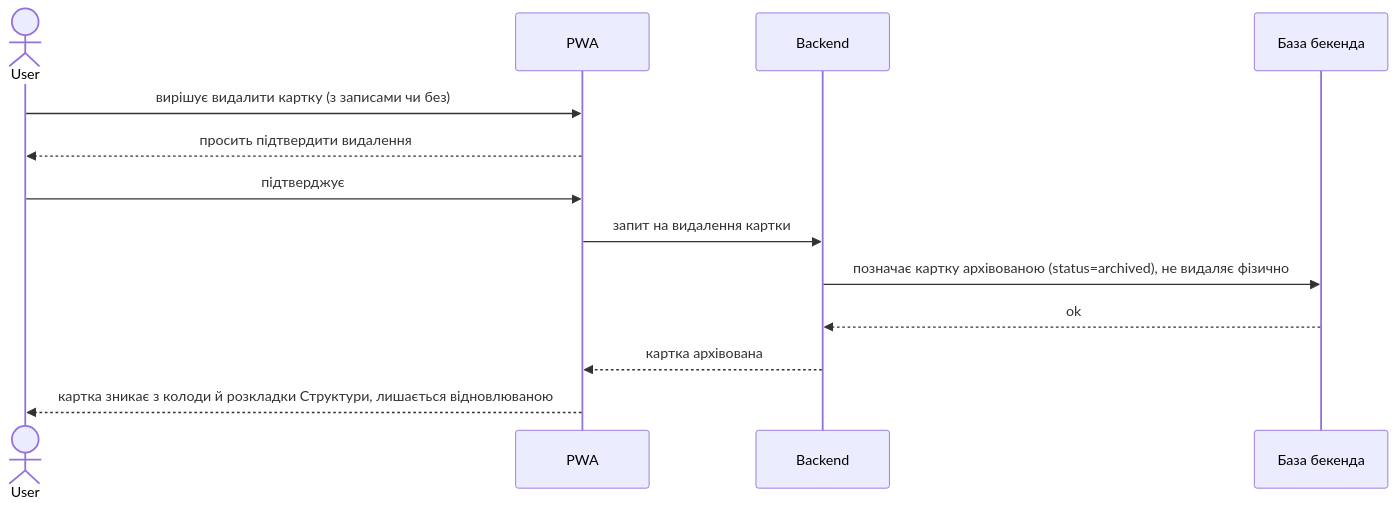
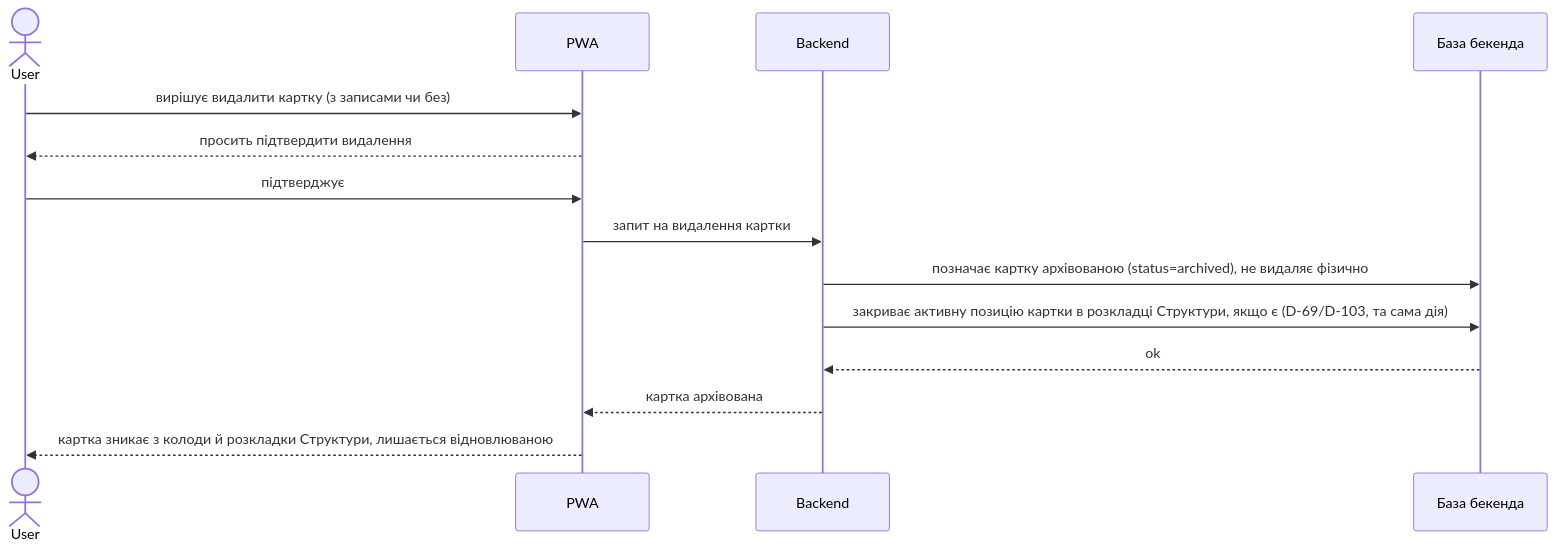
One commit to danyllukandrey-cloud/claude-workspace changed diagram 15 of 17 in docs/features/life-area-card/sad.md. Above: the diagram before and after it, drawn with Mermaid. The commit also changed other lines of this file and 2 other files, not shown here.

````diff
--- a/docs/features/life-area-card/sad.md
+++ b/docs/features/life-area-card/sad.md
@@ -408,16 +418,17 @@
 ```mermaid
 sequenceDiagram
     actor User
     participant PWA
     participant Backend
     participant Store as База бекенда
 
     User->>PWA: вирішує видалити картку (з записами чи без)
     PWA-->>User: просить підтвердити видалення
     User->>PWA: підтверджує
     PWA->>Backend: запит на видалення картки
     Backend->>Store: позначає картку архівованою (status=archived), не видаляє фізично
+    Backend->>Store: закриває активну позицію картки в розкладці Структури, якщо є (D-69/D-103, та сама дія)
     Store-->>Backend: ok
     Backend-->>PWA: картка архівована
     PWA-->>User: картка зникає з колоди й розкладки Структури, лишається відновлюваною
 ```
````
